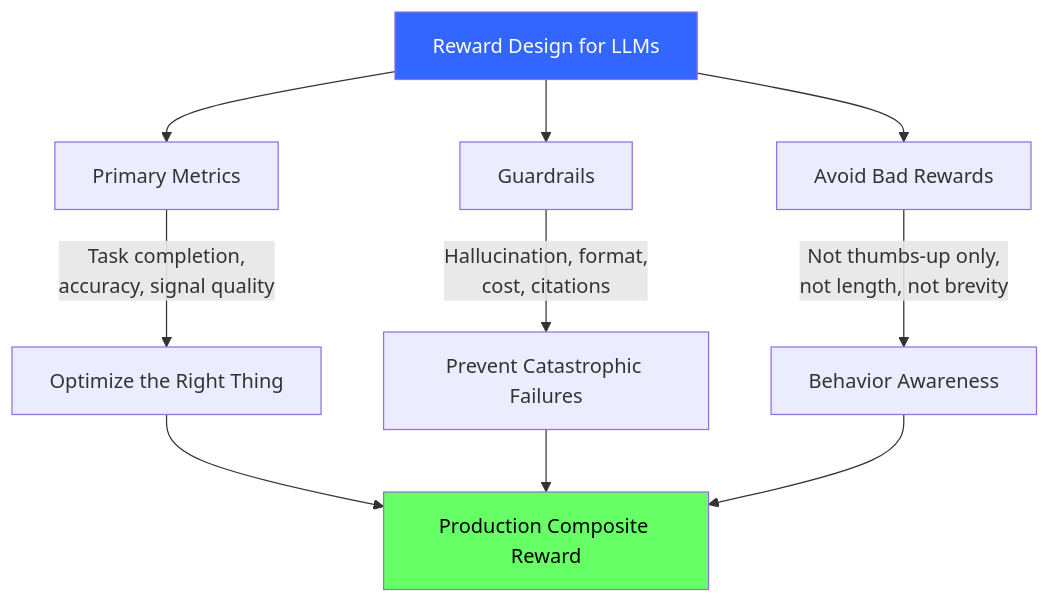
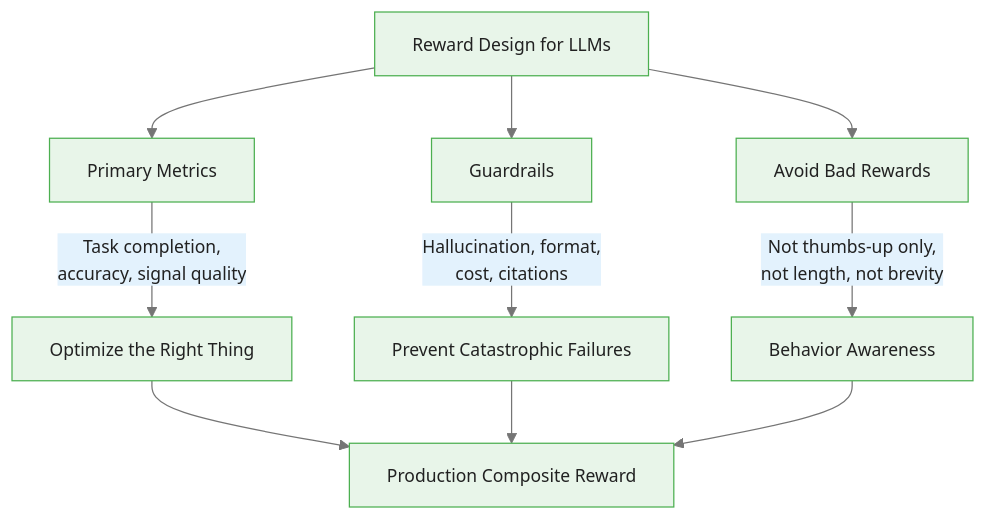
The third of 3 diagrams in courses/multi-armed-bandits-ab-testing/modules/module_08_prompt_routing_bandits/guides/02_reward_design_llm_slides.md (m-deane/course-creator), drawn with Mermaid before and after one commit. The commit also changed other lines of this file and 146 other files, not shown here.

````diff
--- a/courses/multi-armed-bandits-ab-testing/modules/module_08_prompt_routing_bandits/guides/02_reward_design_llm_slides.md
+++ b/courses/multi-armed-bandits-ab-testing/modules/module_08_prompt_routing_bandits/guides/02_reward_design_llm_slides.md
@@ -276,15 +314,13 @@
 ```mermaid
+%%{init: {"theme": "base", "themeVariables": {"primaryColor": "#e8f5e9", "primaryBorderColor": "#4caf50", "primaryTextColor": "#212121", "secondaryColor": "#e3f2fd", "tertiaryColor": "#fff8e1", "lineColor": "#757575", "fontFamily": "Inter, sans-serif", "fontSize": "14px"}}}%%
 flowchart TD
     RD["Reward Design for LLMs"] --> Primary["Primary Metrics"]
     RD --> Guards["Guardrails"]
     RD --> Bad["Avoid Bad Rewards"]
 
     Primary --> |"Task completion,<br/>accuracy, signal quality"| Optimize["Optimize the Right Thing"]
     Guards --> |"Hallucination, format,<br/>cost, citations"| Prevent["Prevent Catastrophic Failures"]
     Bad --> |"Not thumbs-up only,<br/>not length, not brevity"| Aware["Behavior Awareness"]
 
     Optimize & Prevent & Aware --> Composite["Production Composite Reward"]
-
-    style RD fill:#36f,color:#fff
-    style Composite fill:#6f6,color:#000
 ```
````
